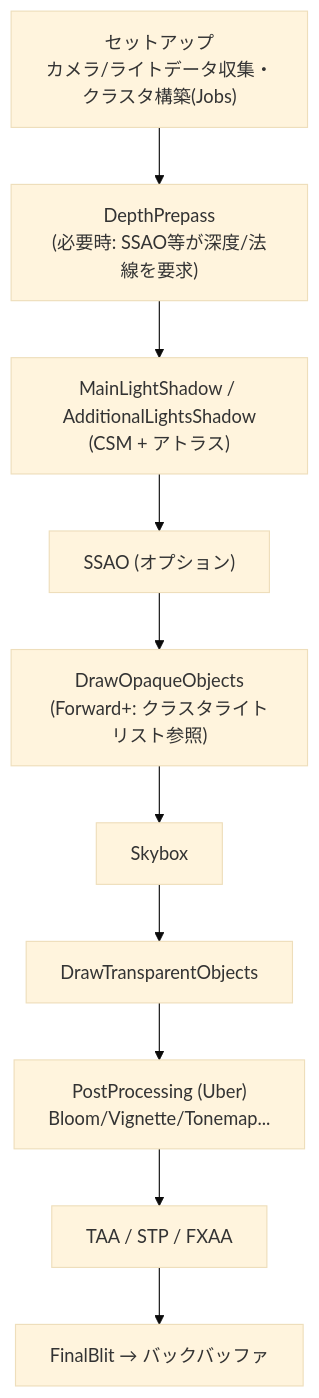
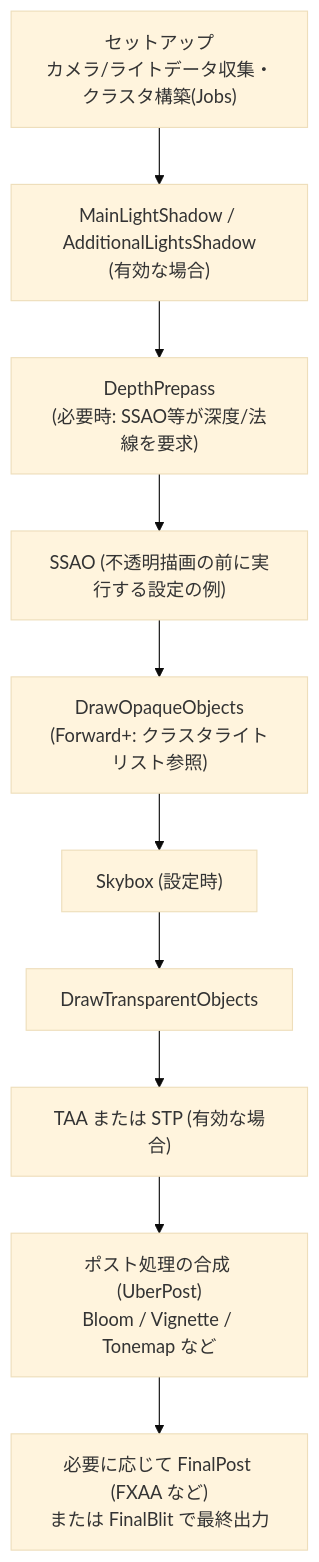
One commit to sny0/sny0.github.io changed the diagram in study/docs/graphics/engine/urp.md. Above: the diagram before and after it, drawn with Mermaid (base theme). The commit also changed other lines of this file and 7 other files, not shown here.

````diff
--- a/study/docs/graphics/engine/urp.md
+++ b/study/docs/graphics/engine/urp.md
@@ -50,12 +50,12 @@
 ```mermaid
 flowchart TB
-    S["セットアップ<br/>カメラ/ライトデータ収集・クラスタ構築(Jobs)"] --> DP["DepthPrepass<br/>(必要時: SSAO等が深度/法線を要求)"]
-    DP --> SH["MainLightShadow / AdditionalLightsShadow<br/>(CSM + アトラス)"]
-    SH --> AO["SSAO (オプション)"]
+    S["セットアップ<br/>カメラ/ライトデータ収集・クラスタ構築(Jobs)"] --> SH["MainLightShadow / AdditionalLightsShadow<br/>(有効な場合)"]
+    SH --> DP["DepthPrepass<br/>(必要時: SSAO等が深度/法線を要求)"]
+    DP --> AO["SSAO (不透明描画の前に実行する設定の例)"]
     AO --> OP["DrawOpaqueObjects<br/>(Forward+: クラスタライトリスト参照)"]
-    OP --> SKY[Skybox]
+    OP --> SKY["Skybox (設定時)"]
     SKY --> TR["DrawTransparentObjects"]
-    TR --> POST["PostProcessing (Uber)<br/>Bloom/Vignette/Tonemap..."]
-    POST --> AA["TAA / STP / FXAA"]
-    AA --> FB["FinalBlit → バックバッファ"]
+    TR --> AA["TAA または STP (有効な場合)"]
+    AA --> POST["ポスト処理の合成 (UberPost)<br/>Bloom / Vignette / Tonemap など"]
+    POST --> FB["必要に応じて FinalPost (FXAA など)<br/>または FinalBlit で最終出力"]
 ```
````
